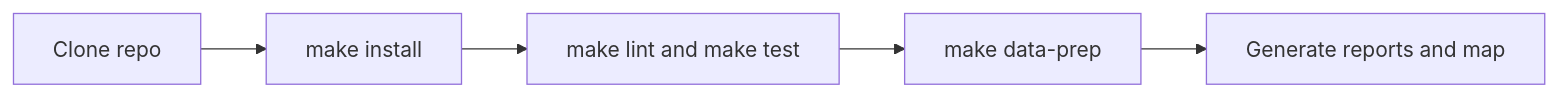
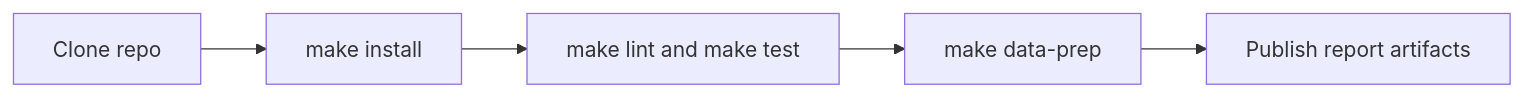
The diagram in docs/workflows/index.md (bijux/bijux-pollenomics), drawn with Mermaid before and after one commit. The commit also changed other lines of this file and 4 other files, not shown here.

````diff
--- a/docs/workflows/index.md
+++ b/docs/workflows/index.md
@@ -16,7 +16,7 @@
 ```mermaid
 flowchart LR
     Checkout[Clone repo] --> Install[make install]
     Install --> Verify[make lint and make test]
     Verify --> DataPrep[make data-prep]
-    DataPrep --> Reports[Generate reports and map]
+    DataPrep --> Reports[Publish report artifacts]
 ```
````
